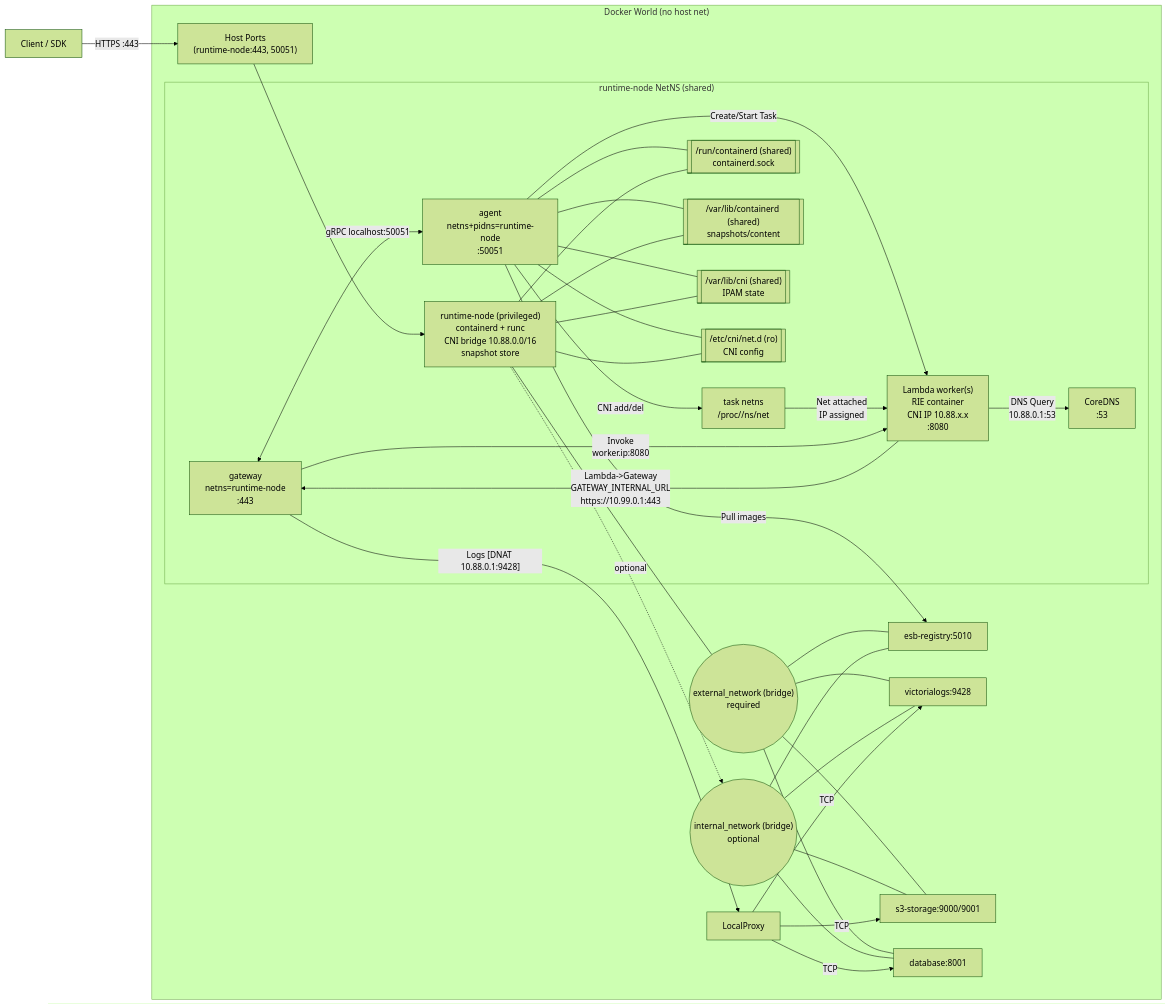
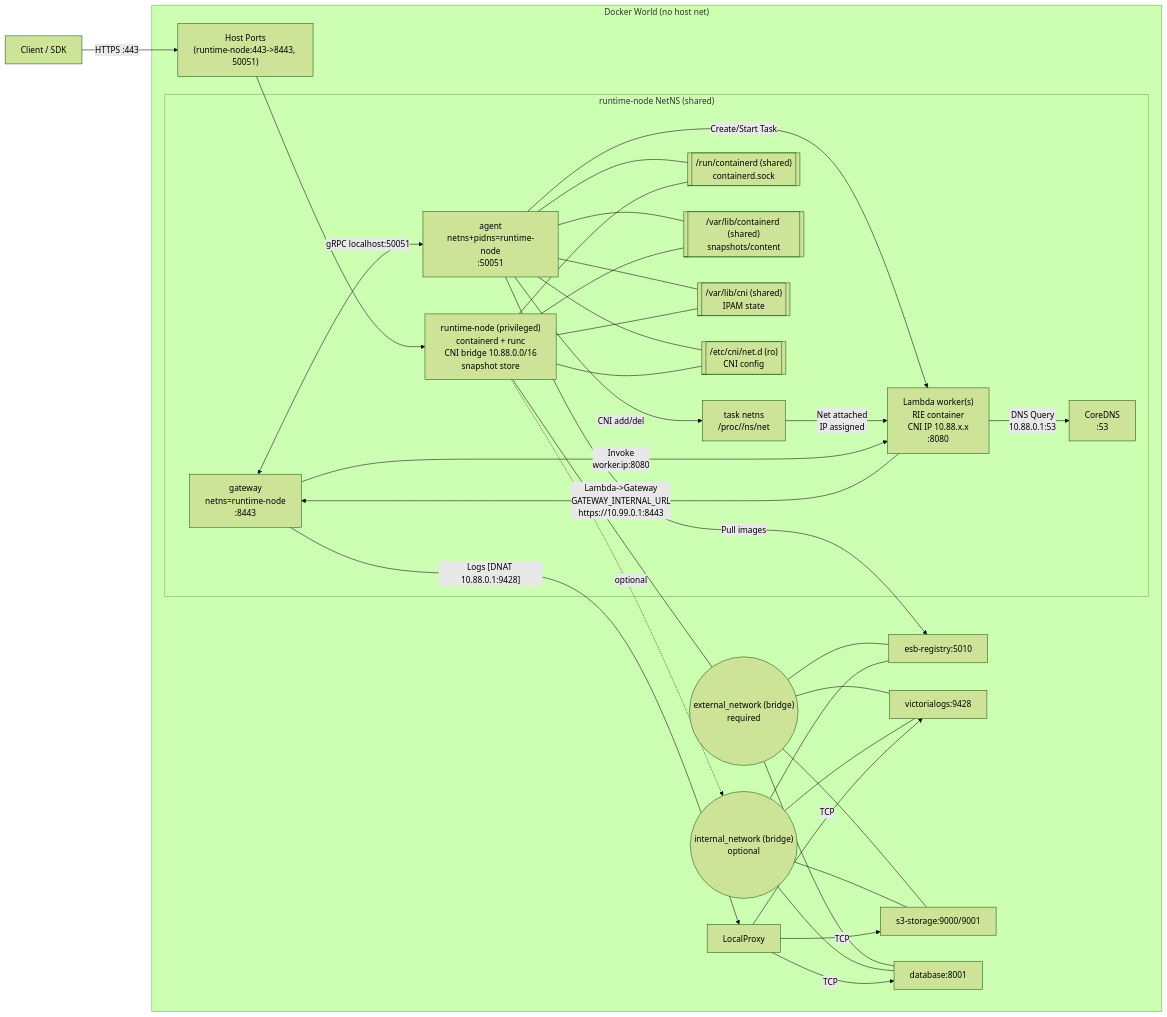
Before and after one commit to poruru-code/esb: the first of 2 diagrams in docs/firecracker-roadmap.md, drawn with Mermaid (forest theme). The commit also changed other lines of this file and 25 other files, not shown here.

````diff
--- a/docs/firecracker-roadmap.md
+++ b/docs/firecracker-roadmap.md
@@ -38,68 +38,68 @@
 ```mermaid
 flowchart LR
-  Client["Client / SDK"] -->|HTTPS :443| HostPorts["Host Ports\n(runtime-node:443, 50051)"]
+  Client["Client / SDK"] -->|HTTPS :443| HostPorts["Host Ports\n(runtime-node:443->8443, 50051)"]
 
   subgraph DockerWorld["Docker World (no host net)"]
     subgraph RuntimeNS["runtime-node NetNS (shared)"]
       RuntimeNode["runtime-node (privileged)\ncontainerd + runc\nCNI bridge 10.88.0.0/16\nsnapshot store"]
-      Gateway["gateway\nnetns=runtime-node\n:443"]
+      Gateway["gateway\nnetns=runtime-node\n:8443"]
       Agent["agent\nnetns+pidns=runtime-node\n:50051"]
 
       TaskNS["task netns\n/proc/<pid>/ns/net"]
       Worker["Lambda worker(s)\nRIE container\nCNI IP 10.88.x.x\n:8080"]
       CoreDNS["CoreDNS\n:53"]
 
       Gateway <-->|gRPC localhost:50051| Agent
 
       SockVol[["/run/containerd (shared)\ncontainerd.sock"]]
       LibVol[["/var/lib/containerd (shared)\nsnapshots/content"]]
       CniVol[["/var/lib/cni (shared)\nIPAM state"]]
       CniConf[["/etc/cni/net.d (ro)\nCNI config"]]
 
       Agent --- SockVol
       RuntimeNode --- SockVol
       Agent --- LibVol
       RuntimeNode --- LibVol
       Agent --- CniVol
       RuntimeNode --- CniVol
       Agent --- CniConf
       RuntimeNode --- CniConf
 
       Agent -->|Create/Start Task| Worker
       Agent -->|CNI add/del| TaskNS
       TaskNS -->|Net attached\nIP assigned| Worker
 
       Gateway -->|Invoke\nworker.ip:8080| Worker
-      Worker -->|Lambda->Gateway\nGATEWAY_INTERNAL_URL\nhttps://10.99.0.1:443| Gateway
+      Worker -->|Lambda->Gateway\nGATEWAY_INTERNAL_URL\nhttps://10.99.0.1:8443| Gateway
       Worker -->|DNS Query\n10.88.0.1:53| CoreDNS
     end
 
     ExternalNet(("external_network (bridge)\nrequired"))
     InternalNet(("internal_network (bridge)\noptional"))
 
     HostPorts --> RuntimeNode
     RuntimeNode --- ExternalNet
     RuntimeNode -.->|optional| InternalNet
 
     Registry["esb-registry:5010"]
     Victoria["victorialogs:9428"]
     S3["s3-storage:9000/9001"]
     DB["database:8001"]
 
     ExternalNet --- Registry
     ExternalNet --- Victoria
     ExternalNet --- S3
     ExternalNet --- DB
 
     InternalNet --- Registry
     InternalNet --- Victoria
     InternalNet --- S3
     InternalNet --- DB
 
     Agent -->|Pull images| Registry
     Gateway -->|"Logs [DNAT 10.88.0.1:9428]"| LocalProxy
     LocalProxy -->|TCP| Victoria
     LocalProxy -->|TCP| S3
     LocalProxy -->|TCP| DB
   end
 ```
````
